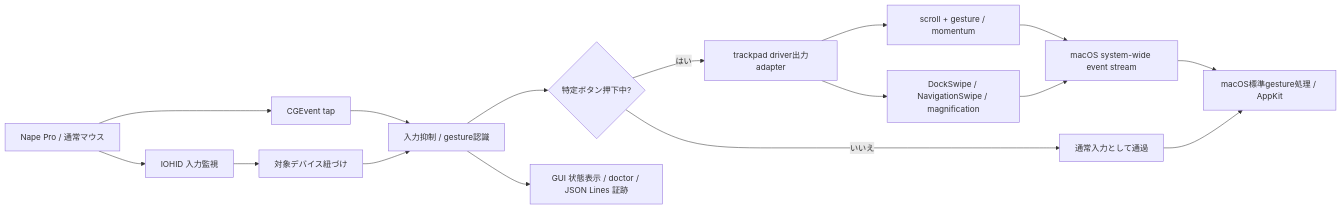
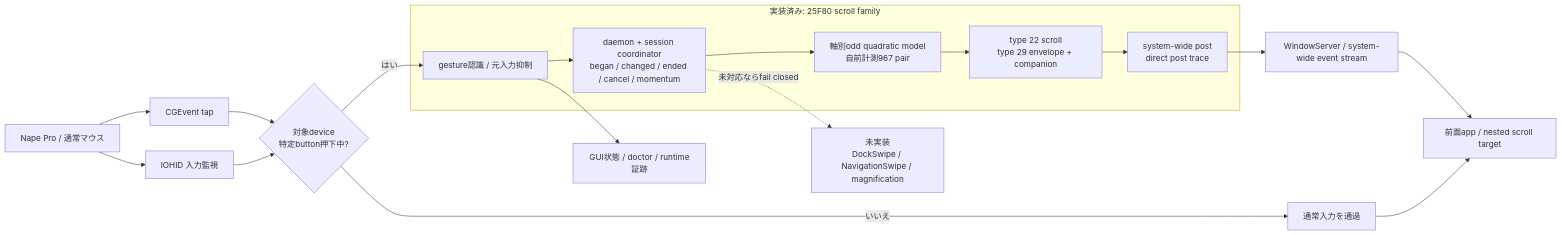
One commit to char5742/nape-gesture changed the first of 2 diagrams in README.md. Above: the diagram before and after it, drawn with Mermaid. The commit also changed other lines of this file and 53 other files, not shown here.

````diff
--- a/README.md
+++ b/README.md
@@ -30,18 +30,22 @@
 ```mermaid
 flowchart LR
-    mouse["Nape Pro / 通常マウス"] --> hid["IOHID 入力監視"]
-    mouse --> tap["CGEvent tap"]
-    hid --> association["対象デバイス紐づけ"]
-    tap --> recognizer["入力抑制 / gesture認識"]
-    association --> recognizer
-    recognizer --> pressed{"特定ボタン押下中?"}
-    pressed -->|いいえ| passthrough["通常入力として通過"]
-    pressed -->|はい| output["trackpad driver出力adapter"]
-    output --> scroll["scroll + gesture / momentum"]
-    output --> system["DockSwipe / NavigationSwipe / magnification"]
-    scroll --> stream["macOS system-wide event stream"]
-    system --> stream
-    stream --> appkit["macOS標準gesture処理 / AppKit"]
-    passthrough --> appkit
-    recognizer --> status["GUI 状態表示 / doctor / JSON Lines 証跡"]
+    mouse["Nape Pro / 通常マウス"] --> tap["CGEvent tap"]
+    mouse --> hid["IOHID 入力監視"]
+    tap --> gate{"対象device<br/>特定button押下中?"}
+    hid --> gate
+    gate -->|いいえ| pass["通常入力を通過"]
+    gate -->|はい| recognize["gesture認識 / 元入力抑制"]
+
+    subgraph scroll["実装済み: 25F80 scroll family"]
+        recognize --> session["daemon + session coordinator<br/>began / changed / ended / cancel / momentum"]
+        session --> model["軸別odd quadratic model<br/>自前計測967 pair"]
+        model --> batch["type 22 scroll<br/>type 29 envelope + companion"]
+        batch --> post["system-wide post<br/>direct post trace"]
+    end
+
+    post --> stream["WindowServer / system-wide event stream"]
+    stream --> app["前面app / nested scroll target"]
+    pass --> app
+    session -.->|未対応ならfail closed| pending["未実装<br/>DockSwipe / NavigationSwipe / magnification"]
+    recognize --> status["GUI状態 / doctor / runtime証跡"]
 ```
````
